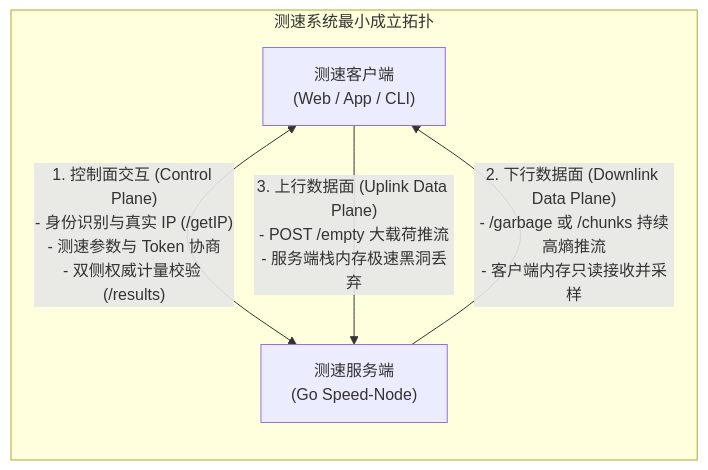
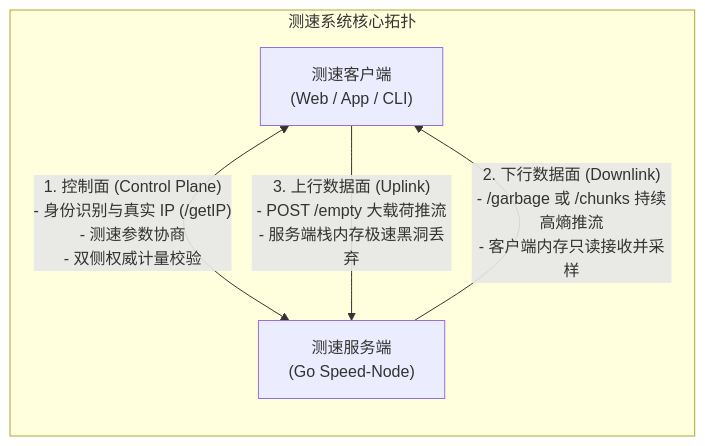
Before and after one commit to MoreConsequence/MoreConsequence.github.io: the first of 2 diagrams in content/posts/speedtest-go-deep-dive-whitepaper.md, drawn with Mermaid. The commit also changed other lines of this file, not shown here.

Commit message:
refactor(blog): 精简冗余纵向图表、平实通俗化专业概念、由浅入深优化《测速服务底层工程与 Go 核心实现深度剖析》

````diff
--- a/content/posts/speedtest-go-deep-dive-whitepaper.md
+++ b/content/posts/speedtest-go-deep-dive-whitepaper.md
@@ -113,13 +74,13 @@
 ```mermaid
 flowchart LR
-    subgraph Architecture["测速系统最小成立拓扑"]
+    subgraph Architecture["测速系统核心拓扑"]
         Client["测速客户端<br/>(Web / App / CLI)"]
         Node["测速服务端<br/>(Go Speed-Node)"]
         
-        Client <-->|"1. 控制面交互 (Control Plane)<br/>- 身份识别与真实 IP (/getIP)<br/>- 测速参数与 Token 协商<br/>- 双侧权威计量校验 (/results)"| Node
+        Client <-->|"1. 控制面 (Control Plane)<br/>- 身份识别与真实 IP (/getIP)<br/>- 测速参数协商<br/>- 双侧权威计量校验"| Node
         
-        Node -->|"2. 下行数据面 (Downlink Data Plane)<br/>- /garbage 或 /chunks 持续高熵推流<br/>- 客户端内存只读接收并采样"| Client
+        Node -->|"2. 下行数据面 (Downlink)<br/>- /garbage 或 /chunks 持续高熵推流<br/>- 客户端内存只读接收并采样"| Client
         
-        Client -->|"3. 上行数据面 (Uplink Data Plane)<br/>- POST /empty 大载荷推流<br/>- 服务端栈内存极速黑洞丢弃"| Node
+        Client -->|"3. 上行数据面 (Uplink)<br/>- POST /empty 大载荷推流<br/>- 服务端栈内存极速黑洞丢弃"| Node
     end
 ```
````
